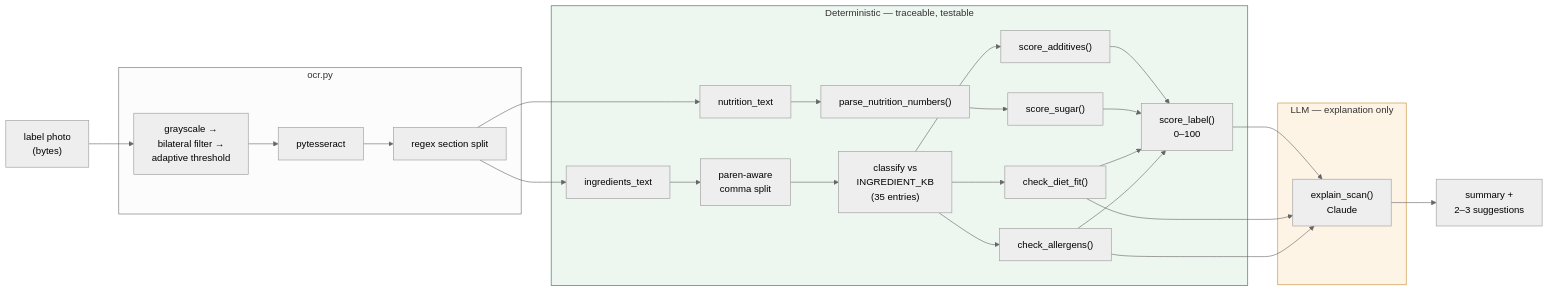
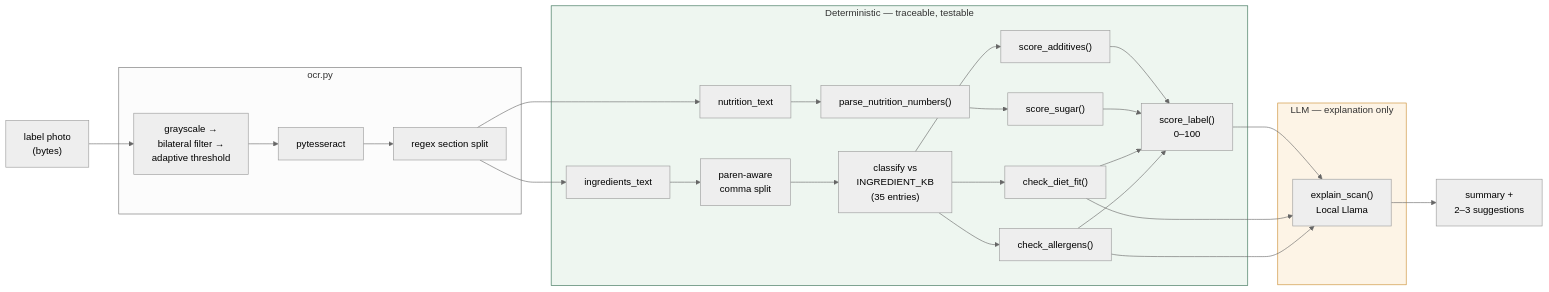
One commit to dipal0708/ScanBite changed the third of 6 diagrams in labelwise-scaffold/labelwise/docs/architecture-diagram.md. Above: the diagram before and after it, drawn with Mermaid (neutral theme). The commit also changed other lines of this file and 8 other files, not shown here.

````diff
--- a/labelwise-scaffold/labelwise/docs/architecture-diagram.md
+++ b/labelwise-scaffold/labelwise/docs/architecture-diagram.md
@@ -118,35 +118,35 @@
 ```mermaid
 flowchart LR
     IMG["label photo<br/>(bytes)"] --> PRE
 
     subgraph ocrp["ocr.py"]
         PRE["grayscale →<br/>bilateral filter →<br/>adaptive threshold"] --> TESS["pytesseract"]
         TESS --> SPLIT["regex section split"]
     end
 
     SPLIT --> ITEXT["ingredients_text"]
     SPLIT --> NTEXT["nutrition_text"]
 
     subgraph det["Deterministic — traceable, testable"]
         ITEXT --> PARSE["paren-aware<br/>comma split"]
         PARSE --> CLASS["classify vs<br/>INGREDIENT_KB<br/>(35 entries)"]
         CLASS --> DF["check_diet_fit()"]
         CLASS --> AL["check_allergens()"]
         CLASS --> SA["score_additives()"]
         NTEXT --> NUM["parse_nutrition_numbers()"]
         NUM --> SS["score_sugar()"]
         SA & SS & DF & AL --> SL["score_label()<br/>0–100"]
     end
 
     subgraph llm["LLM — explanation only"]
-        EXP["explain_scan()<br/>Claude"]
+        EXP["explain_scan()<br/>Local Llama"]
     end
 
     SL --> EXP
     DF --> EXP
     AL --> EXP
     EXP --> OUT["summary +<br/>2–3 suggestions"]
 
     style det fill:#eef6f0,stroke:#2F6B4F
     style llm fill:#fdf4e6,stroke:#C98A2C
 ```
````
